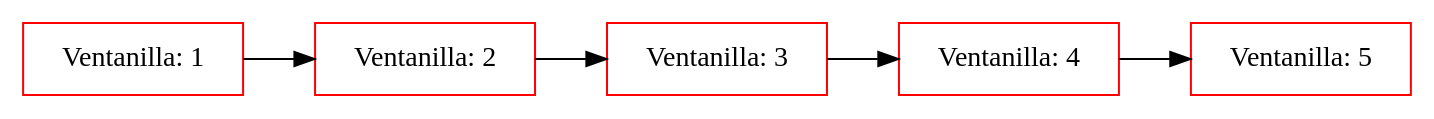
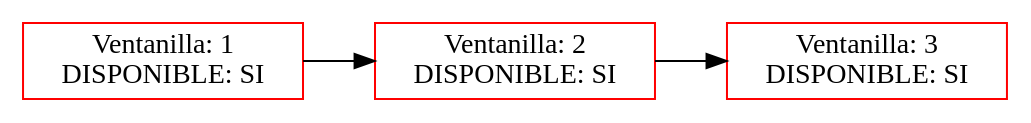
Before and after one commit to hugosmhd/EDD_UDRAWING_202002793: the diagram in ventanillas.dot, drawn with Graphviz. The commit also changed 20 other files, not shown here.

```diff
--- a/ventanillas.dot
+++ b/ventanillas.dot
@@ -1,13 +1,9 @@
 digraph G { 
 node[shape=box, color=red];
-nodo895328852[label=" Ventanilla: 1"]
-nodo1304836502[label=" Ventanilla: 2"]
-nodo225534817[label=" Ventanilla: 3"]
-nodo1878246837[label=" Ventanilla: 4"]
-nodo929338653[label=" Ventanilla: 5"]
-nodo895328852 -> nodo1304836502;
-nodo1304836502 -> nodo225534817;
-nodo225534817 -> nodo1878246837;
-nodo1878246837 -> nodo929338653;
+nodo325040804[label=" Ventanilla: 1\n DISPONIBLE: SI"]
+nodo1173230247[label=" Ventanilla: 2\n DISPONIBLE: SI"]
+nodo856419764[label=" Ventanilla: 3\n DISPONIBLE: SI"]
+nodo325040804 -> nodo1173230247;
+nodo1173230247 -> nodo856419764;
 rankdir=LR;
 } 
```
